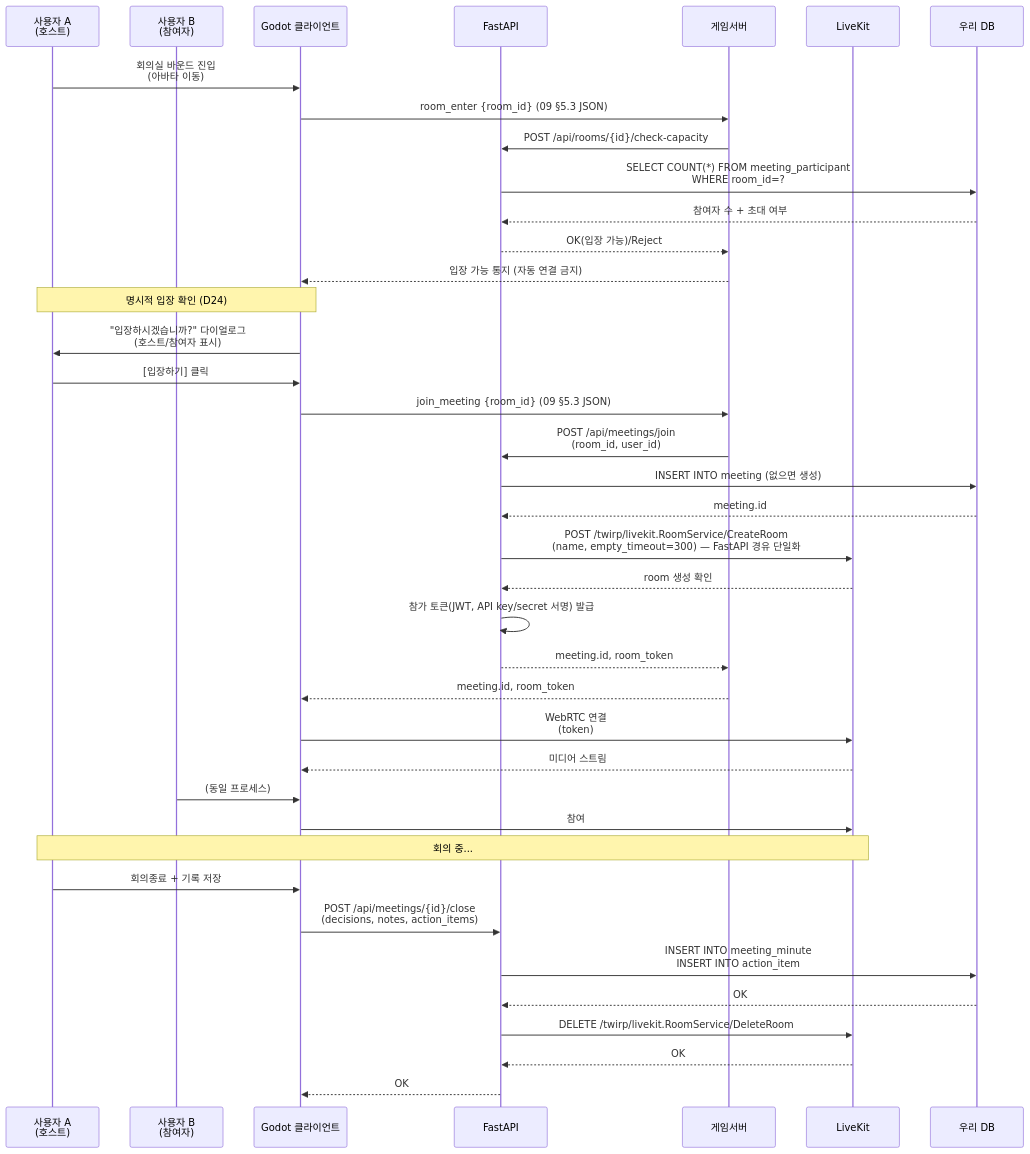
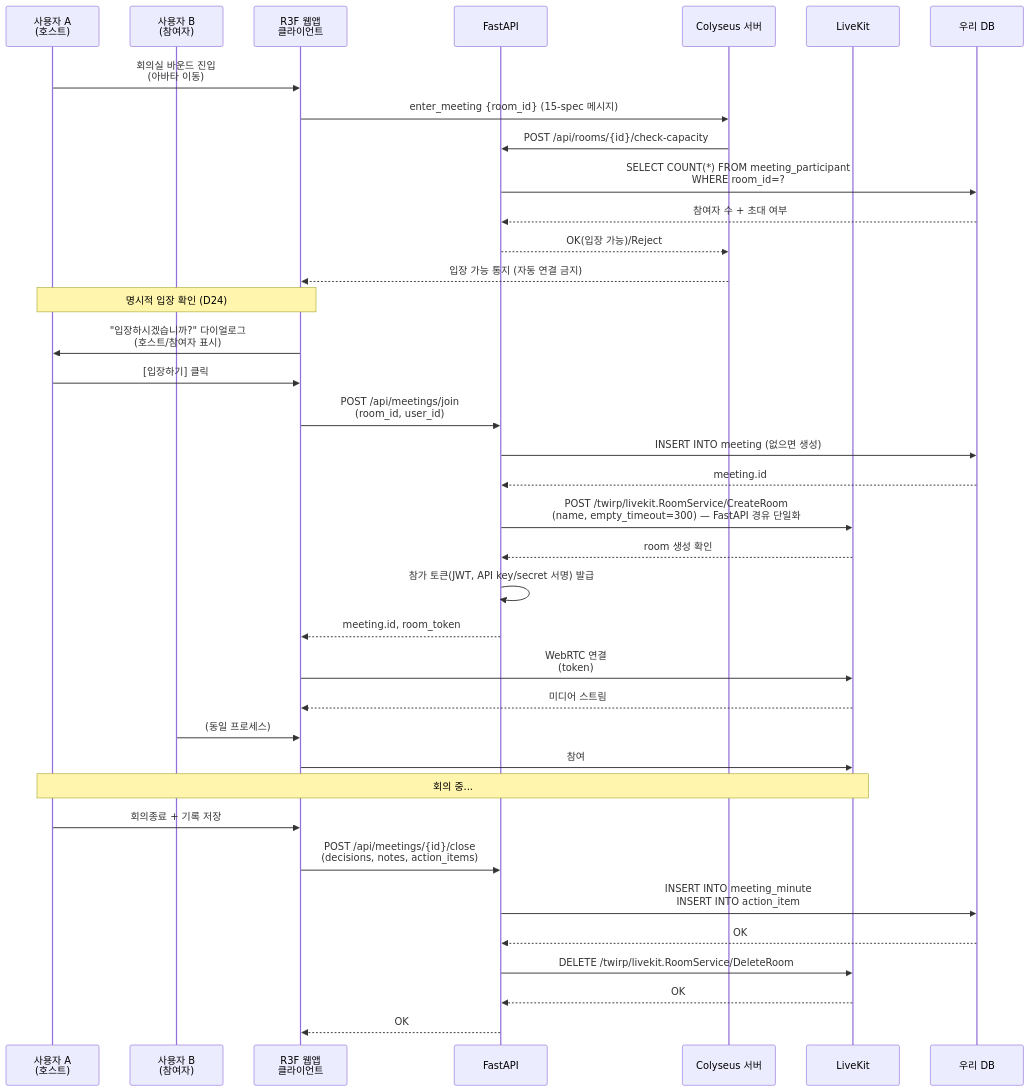
One commit to choiwjun/virtualoffice_new changed the fourth of 4 diagrams in docs/planning/02-trd-architecture.md. Above: the diagram before and after it, drawn with Mermaid. The commit also changed other lines of this file and 739 other files, not shown here.

````diff
--- a/docs/planning/02-trd-architecture.md
+++ b/docs/planning/02-trd-architecture.md
@@ -802,47 +786,45 @@
 ```mermaid
 sequenceDiagram
     participant User1 as 사용자 A<br/>(호스트)
     participant User2 as 사용자 B<br/>(참여자)
-    participant GodotClient as Godot 클라이언트
+    participant R3FClient as R3F 웹앱<br/>클라이언트
     participant FastAPI as FastAPI
-    participant GodotServer as 게임서버
+    participant ColyseusServer as Colyseus 서버
     participant LiveKit as LiveKit
     participant OurDB as 우리 DB
 
-    User1->>GodotClient: 회의실 바운드 진입<br/>(아바타 이동)
-    GodotClient->>GodotServer: room_enter {room_id} (09 §5.3 JSON)
-    GodotServer->>FastAPI: POST /api/rooms/{id}/check-capacity
+    User1->>R3FClient: 회의실 바운드 진입<br/>(아바타 이동)
+    R3FClient->>ColyseusServer: enter_meeting {room_id} (15-spec 메시지)
+    ColyseusServer->>FastAPI: POST /api/rooms/{id}/check-capacity
     FastAPI->>OurDB: SELECT COUNT(*) FROM meeting_participant<br/>WHERE room_id=?
     OurDB-->>FastAPI: 참여자 수 + 초대 여부
-    FastAPI-->>GodotServer: OK(입장 가능)/Reject
-    GodotServer-->>GodotClient: 입장 가능 통지 (자동 연결 금지)
+    FastAPI-->>ColyseusServer: OK(입장 가능)/Reject
+    ColyseusServer-->>R3FClient: 입장 가능 통지 (자동 연결 금지)
 
-    Note over GodotClient,User1: 명시적 입장 확인 (D24)
-    GodotClient->>User1: "입장하시겠습니까?" 다이얼로그<br/>(호스트/참여자 표시)
-    User1->>GodotClient: [입장하기] 클릭
+    Note over R3FClient,User1: 명시적 입장 확인 (D24)
+    R3FClient->>User1: "입장하시겠습니까?" 다이얼로그<br/>(호스트/참여자 표시)
+    User1->>R3FClient: [입장하기] 클릭
 
-    GodotClient->>GodotServer: join_meeting {room_id} (09 §5.3 JSON)
-    GodotServer->>FastAPI: POST /api/meetings/join<br/>(room_id, user_id)
+    R3FClient->>FastAPI: POST /api/meetings/join<br/>(room_id, user_id)
     FastAPI->>OurDB: INSERT INTO meeting (없으면 생성)
     OurDB-->>FastAPI: meeting.id
     FastAPI->>LiveKit: POST /twirp/livekit.RoomService/CreateRoom<br/>(name, empty_timeout=300) — FastAPI 경유 단일화
     LiveKit-->>FastAPI: room 생성 확인
     FastAPI->>FastAPI: 참가 토큰(JWT, API key/secret 서명) 발급
-    FastAPI-->>GodotServer: meeting.id, room_token
-    GodotServer-->>GodotClient: meeting.id, room_token
-    GodotClient->>LiveKit: WebRTC 연결<br/>(token)
-    LiveKit-->>GodotClient: 미디어 스트림
+    FastAPI-->>R3FClient: meeting.id, room_token
+    R3FClient->>LiveKit: WebRTC 연결<br/>(token)
+    LiveKit-->>R3FClient: 미디어 스트림
 
-    User2->>GodotClient: (동일 프로세스)
-    GodotClient->>LiveKit: 참여
+    User2->>R3FClient: (동일 프로세스)
+    R3FClient->>LiveKit: 참여
 
     Note over User1,LiveKit: 회의 중...
 
-    User1->>GodotClient: 회의종료 + 기록 저장
-    GodotClient->>FastAPI: POST /api/meetings/{id}/close<br/>(decisions, notes, action_items)
+    User1->>R3FClient: 회의종료 + 기록 저장
+    R3FClient->>FastAPI: POST /api/meetings/{id}/close<br/>(decisions, notes, action_items)
     FastAPI->>OurDB: INSERT INTO meeting_minute<br/>INSERT INTO action_item
     OurDB-->>FastAPI: OK
     FastAPI->>LiveKit: DELETE /twirp/livekit.RoomService/DeleteRoom
     LiveKit-->>FastAPI: OK
-    FastAPI-->>GodotClient: OK
+    FastAPI-->>R3FClient: OK
 ```
````
